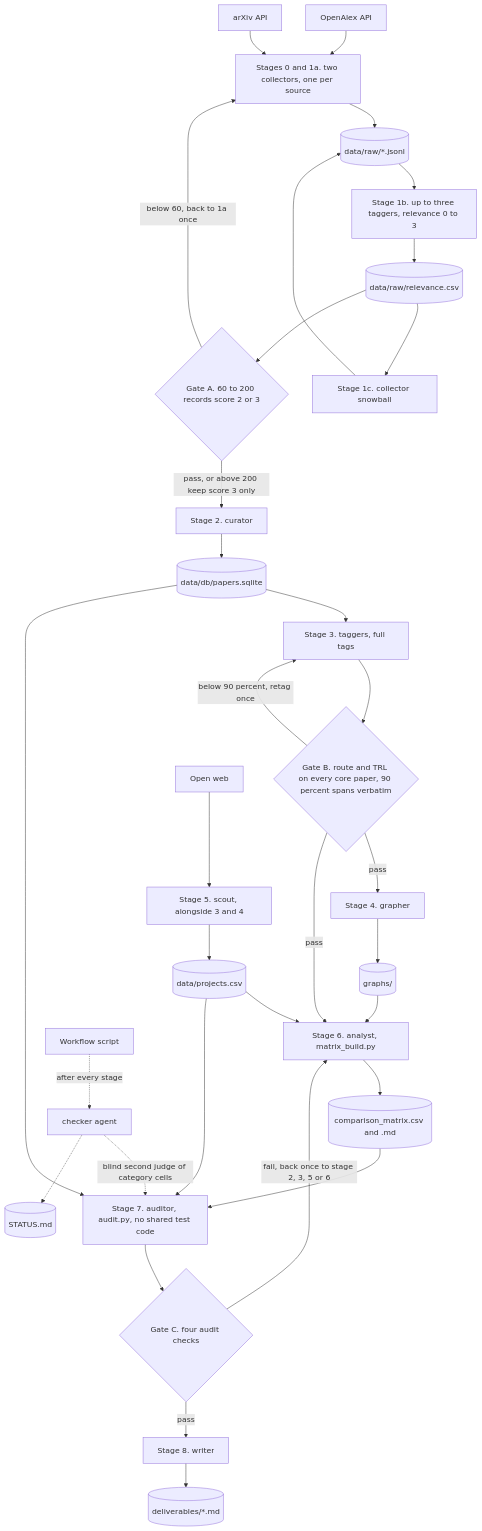
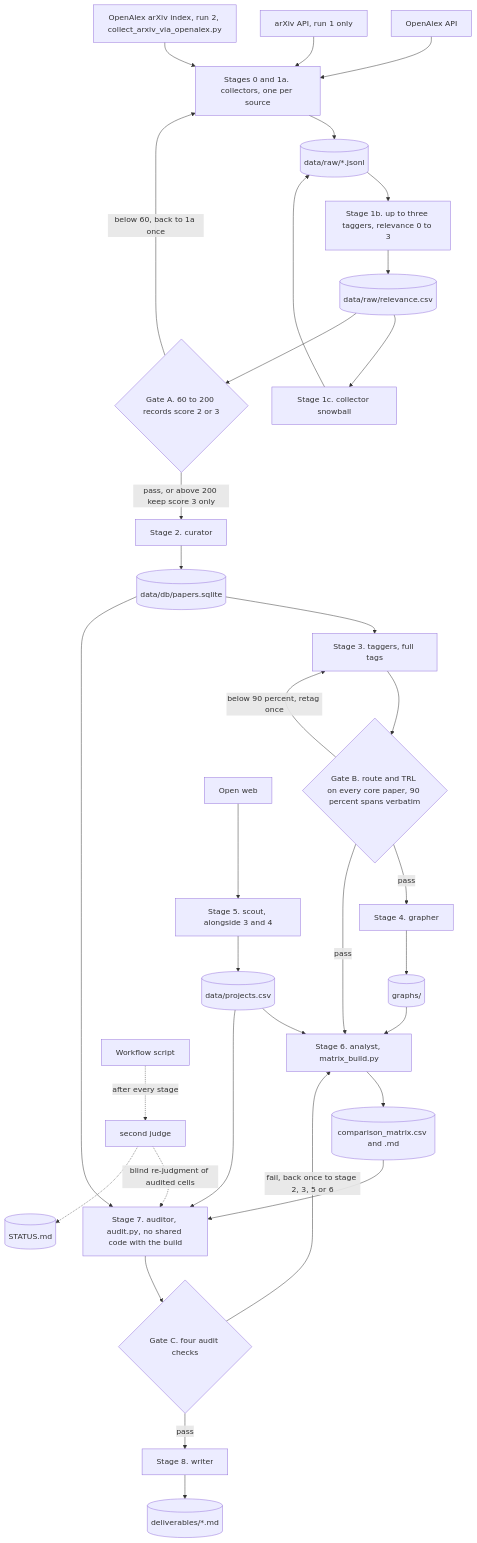
One commit to nnicholas-c/ocs-landscape changed the diagram in deliverables/architecture.md. Above: the diagram before and after it, drawn with Mermaid. The commit also changed other lines of this file and 34 other files, not shown here.

First line of the commit message:
Step 1: run 2 stages 6 to 8 (matrix rebuilt, audit seed 20260928, write-up)

````diff
--- a/deliverables/architecture.md
+++ b/deliverables/architecture.md
@@ -30,35 +28,36 @@
 ```mermaid
 flowchart TD
-    OA["OpenAlex API"] --> COL["Stages 0 and 1a. two collectors, one per source"]
-    AX["arXiv API"] --> COL
+    OA["OpenAlex API"] --> COL["Stages 0 and 1a. collectors, one per source"]
+    AX["arXiv API, run 1 only"] --> COL
+    OAX["OpenAlex arXiv index, run 2, collect_arxiv_via_openalex.py"] --> COL
     COL --> RAW[("data/raw/*.jsonl")]
     RAW --> REL["Stage 1b. up to three taggers, relevance 0 to 3"]
     REL --> RCSV[("data/raw/relevance.csv")]
     RCSV --> SNOW["Stage 1c. collector snowball"]
     SNOW --> RAW
     RCSV --> GA{"Gate A. 60 to 200 records score 2 or 3"}
     GA -->|"below 60, back to 1a once"| COL
     GA -->|"pass, or above 200 keep score 3 only"| CUR["Stage 2. curator"]
     CUR --> DB[("data/db/papers.sqlite")]
     DB --> TAG["Stage 3. taggers, full tags"]
     TAG --> GB{"Gate B. route and TRL on every core paper, 90 percent spans verbatim"}
     GB -->|"below 90 percent, retag once"| TAG
     GB -->|"pass"| GR["Stage 4. grapher"]
     GR --> GRAPHS[("graphs/")]
     WEB["Open web"] --> SC["Stage 5. scout, alongside 3 and 4"]
     SC --> PROJ[("data/projects.csv")]
     GB -->|"pass"| AN["Stage 6. analyst, matrix_build.py"]
     GRAPHS --> AN
     PROJ --> AN
     AN --> MAT[("comparison_matrix.csv and .md")]
-    MAT --> AU["Stage 7. auditor, audit.py, no shared test code"]
+    MAT --> AU["Stage 7. auditor, audit.py, no shared code with the build"]
     DB --> AU
     PROJ --> AU
     AU --> GC{"Gate C. four audit checks"}
     GC -->|"fail, back once to stage 2, 3, 5 or 6"| AN
     GC -->|"pass"| WR["Stage 8. writer"]
     WR --> OUT[("deliverables/*.md")]
-    WF["Workflow script"] -.->|"after every stage"| CK["checker agent"]
-    CK -.->|"blind second judge of category cells"| AU
+    WF["Workflow script"] -.->|"after every stage"| CK["second judge"]
+    CK -.->|"blind re-judgment of audited cells"| AU
     CK -.-> ST[("STATUS.md")]
 ```
````
